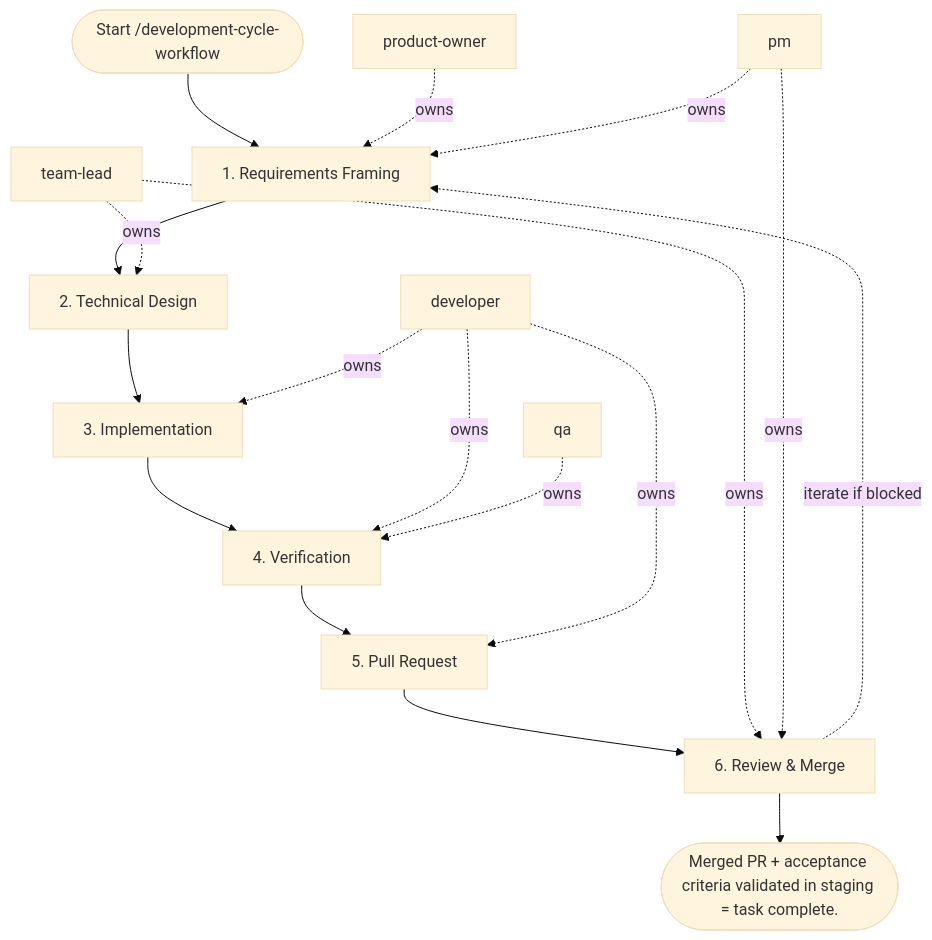
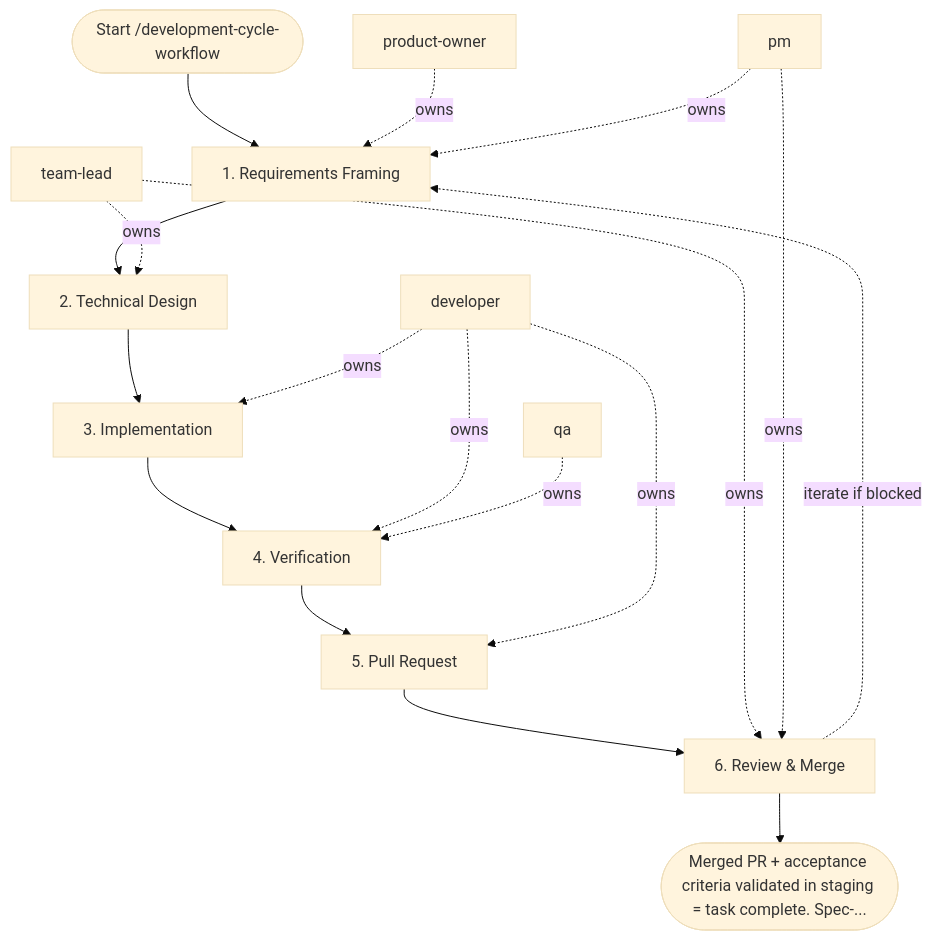
Before and after one commit to sawrus/x10: the diagram in .agent/workflows/development-cycle-workflow.md, drawn with Mermaid (base theme). The commit also changed other lines of this file and 144 other files, not shown here.

````diff
--- a/.agent/workflows/development-cycle-workflow.md
+++ b/.agent/workflows/development-cycle-workflow.md
@@ -90,33 +90,33 @@
 ```mermaid
 flowchart TD
   start(["Start /development-cycle-workflow"])
   role_1["product-owner"]
   role_2["pm"]
   role_3["team-lead"]
   role_4["developer"]
   role_5["qa"]
   step_1["1. Requirements Framing"]
   step_2["2. Technical Design"]
   step_3["3. Implementation"]
   step_4["4. Verification"]
   step_5["5. Pull Request"]
   step_6["6. Review & Merge"]
-  exit(["Merged PR + acceptance criteria validated in staging = task complete."])
+  exit(["Merged PR + acceptance criteria validated in staging = task complete. Spec-..."])
   start --> step_1
   step_1 --> step_2
   step_2 --> step_3
   step_3 --> step_4
   step_4 --> step_5
   step_5 --> step_6
   step_6 --> exit
   role_1 -. owns .-> step_1
   role_2 -. owns .-> step_1
   role_3 -. owns .-> step_2
   role_4 -. owns .-> step_3
   role_4 -. owns .-> step_4
   role_5 -. owns .-> step_4
   role_4 -. owns .-> step_5
   role_3 -. owns .-> step_6
   role_2 -. owns .-> step_6
   step_6 -. iterate if blocked .-> step_1
 ```
````
